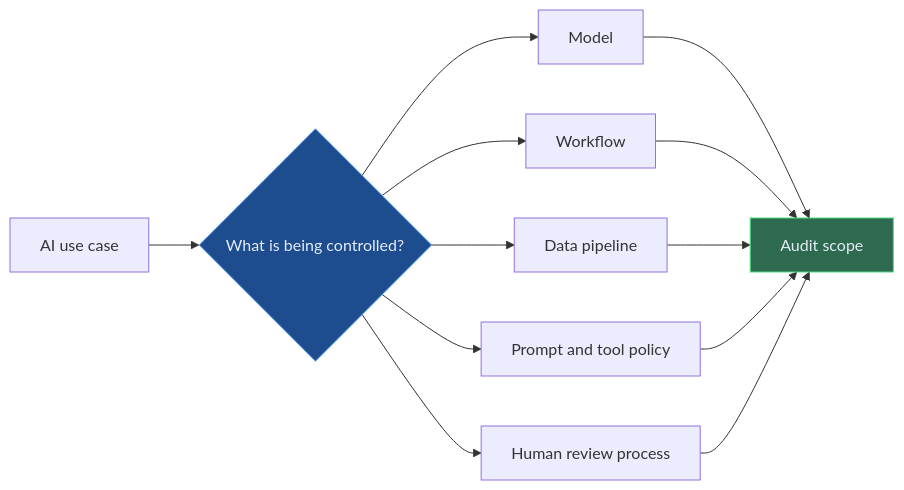
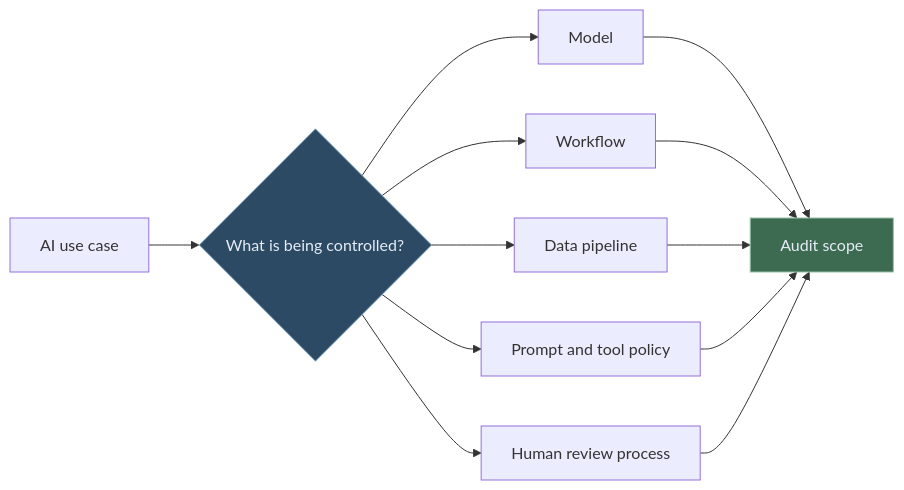
The first of 2 diagrams in blog/ai-audit-readiness-evidence-controls-logs-human-oversight.md (lorvexai/lorvexai), drawn with Mermaid before and after one commit. The commit also changed 16 other files, not shown here.

First line of the commit message:
Retune hardcoded Mermaid node colors to match the site palette

````diff
--- a/blog/ai-audit-readiness-evidence-controls-logs-human-oversight.md
+++ b/blog/ai-audit-readiness-evidence-controls-logs-human-oversight.md
@@ -38,17 +38,17 @@
 ```mermaid
 flowchart LR
   A[AI use case] --> B{What is being controlled?}
   B --> C[Model]
   B --> D[Workflow]
   B --> E[Data pipeline]
   B --> F[Prompt and tool policy]
   B --> G[Human review process]
   C --> H[Audit scope]
   D --> H
   E --> H
   F --> H
   G --> H
 
-  style B fill:#1D4C8F,stroke:#60a5fa,color:#E6ECF7
-  style H fill:#2D6A4F,stroke:#4ade80,color:#E6ECF7
+  style B fill:#2C4A63,stroke:#8FB2CC,color:#E6ECF7
+  style H fill:#3D6B52,stroke:#95C2A8,color:#E6ECF7
 ```
````
